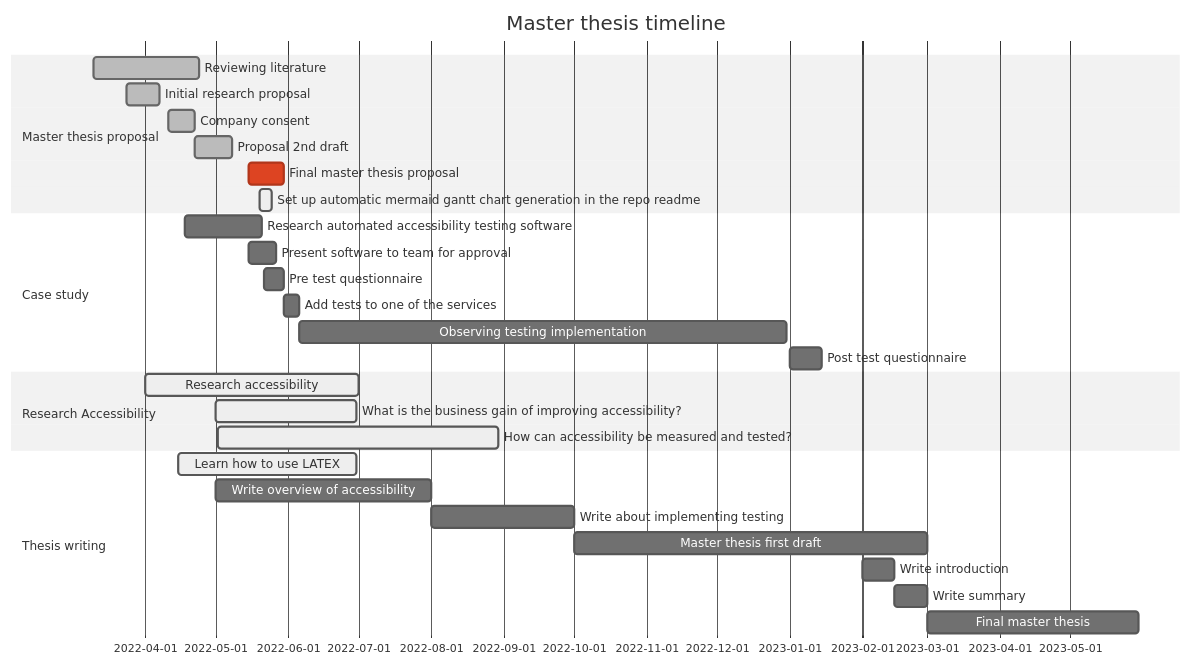
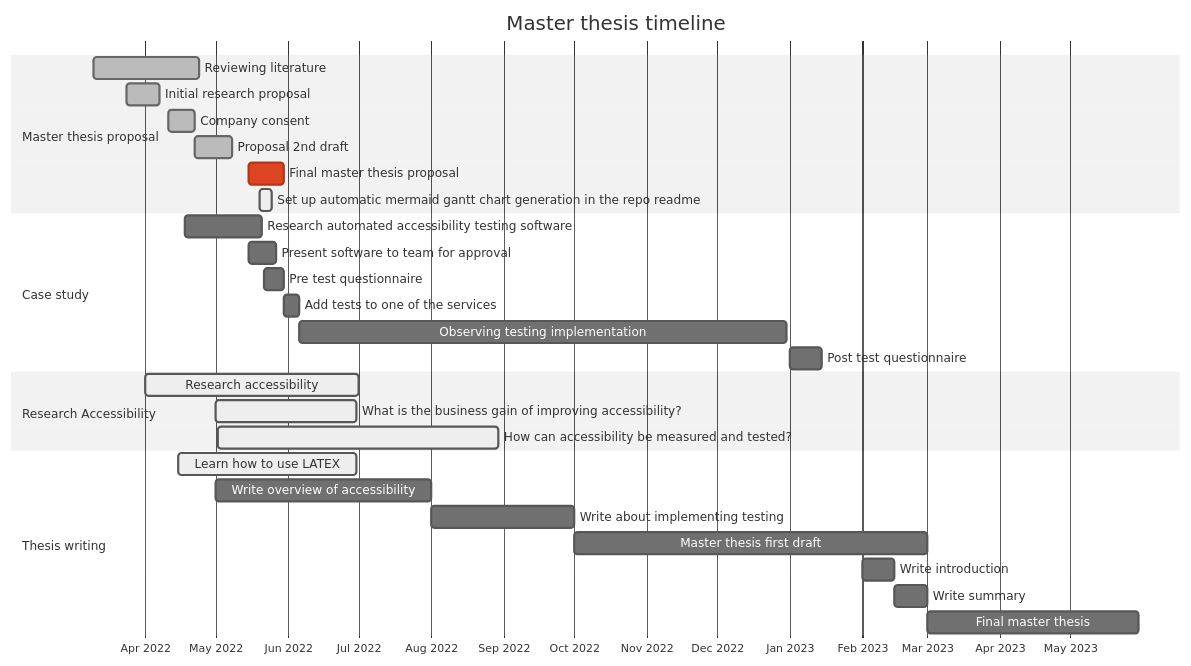
The diagram in README.md (marianntapfer/masterThesis), drawn with Mermaid before and after one commit.

Commit message:
format dates on graph

````diff
--- a/README.md
+++ b/README.md
@@ -2,36 +2,37 @@
 ```mermaid
 %%{init: {'theme': 'neutral'}}%%
 gantt
 dateFormat YYYY-MM-DD
+axisFormat  %b %Y
 title Master thesis timeline
 
 section Master thesis proposal
 Reviewing literature :done,  I_kwDOHN4WtM5IPt0e, 2022-03-10,  2022-04-24
 Initial research proposal :done,  I_kwDOHN4WtM5IPQAc, 2022-03-24,  2022-04-07
 Company consent :done,  I_kwDOHN4WtM5IPjR4, 2022-04-11,  2022-04-22
 Proposal 2nd draft :done,  I_kwDOHN4WtM5IPQdj, 2022-04-22,  2022-05-08
 Final master thesis proposal :crit,  I_kwDOHN4WtM5IO6RY, 2022-05-15,  2022-05-30
 Set up automatic mermaid gantt chart generation in the repo readme :active,  I_kwDOHN4WtM5KFnVy, 2022-05-20,  2022-05-25
 
 section Case study
 Research automated accessibility testing software : I_kwDOHN4WtM5IPCPt, 2022-04-18,  2022-05-21
 Present software to team for approval : I_kwDOHN4WtM5IPKxI, 2022-05-15,  2022-05-27
 Pre test questionnaire : I_kwDOHN4WtM5IPPfv, 2022-05-22,  2022-05-30
 Add tests to one of the services  : I_kwDOHN4WtM5IPSTR, 2022-05-30,  2022-06-06
 Observing testing implementation : I_kwDOHN4WtM5IPS6R, 2022-06-06,  2022-12-31
 Post test questionnaire : I_kwDOHN4WtM5IPr5f, 2023-01-01,  2023-01-15
 
 section Research Accessibility
 Research accessibility :active,  I_kwDOHN4WtM5IP7K7, 2022-04-01,  2022-07-01
 What is the business gain of improving accessibility? :active,  I_kwDOHN4WtM5Jr4kn, 2022-05-01,  2022-06-30
 How can accessibility be measured and tested? :active,  I_kwDOHN4WtM5Jr4tP, 2022-05-02,  2022-08-30
 
 section Thesis writing
 Learn how to use LATEX :active,  I_kwDOHN4WtM5IPfGo, 2022-04-15,  2022-06-30
 Write overview of accessibility : I_kwDOHN4WtM5IPeB8, 2022-05-01,  2022-08-01
 Write about implementing testing : I_kwDOHN4WtM5IRoTT, 2022-08-01,  2022-10-01
 Master thesis first draft : I_kwDOHN4WtM5IPWkC, 2022-10-01,  2023-03-01
 Write introduction : I_kwDOHN4WtM5IPdl3, 2023-02-01,  2023-02-15
 Write summary : I_kwDOHN4WtM5IPdrk, 2023-02-15,  2023-03-01
 Final master thesis : I_kwDOHN4WtM5IPXSh, 2023-03-01,  2023-05-30
 ```
````
